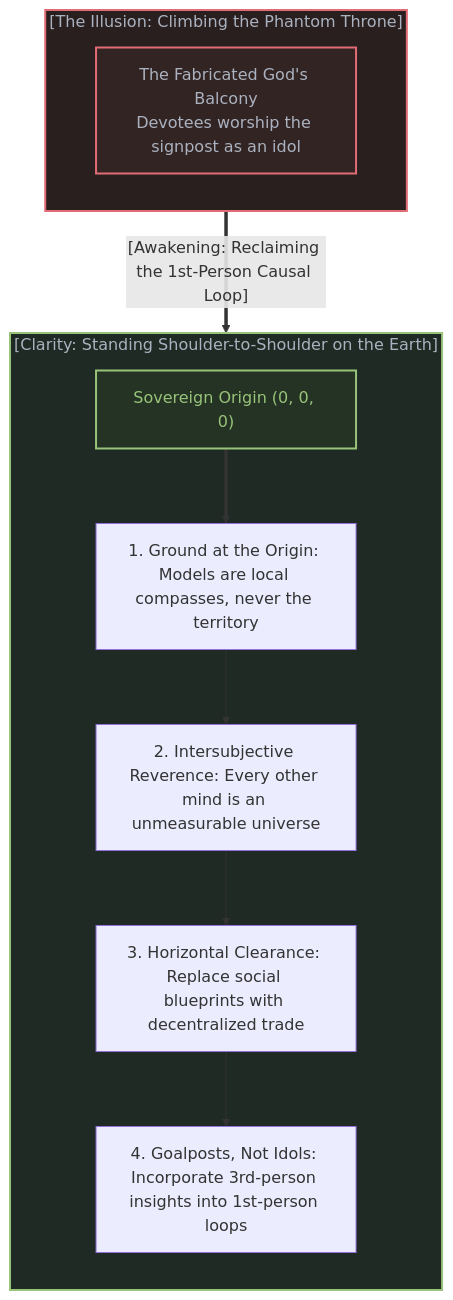
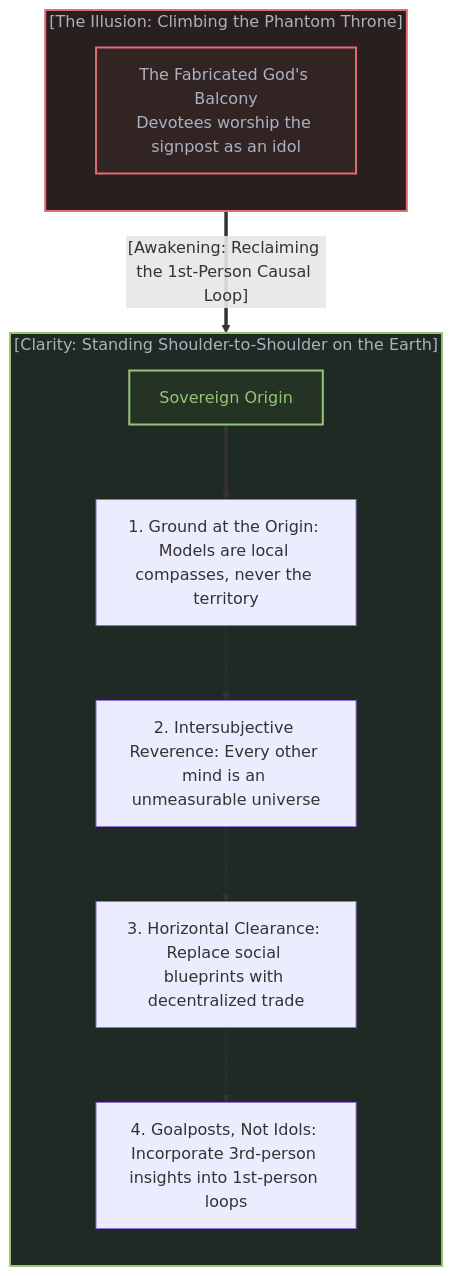
Before and after one commit to powerpig99/not-a-toe: the tenth of 10 diagrams in content/posts/the-invisible-gods-eye.md, drawn with Mermaid. The commit also changed other lines of this file and 15 other files, not shown here.

````diff
--- a/content/posts/the-invisible-gods-eye.md
+++ b/content/posts/the-invisible-gods-eye.md
@@ -477,29 +477,29 @@
 ```mermaid
 graph TD
     subgraph FalseAscent["[The Illusion: Climbing the Phantom Throne]"]
         direction TB
         GodBalcony["The Fabricated God's Balcony<br>Devotees worship the signpost as an idol"]
     end
 
     FalseAscent ==>|"[Awakening: Reclaiming the 1st-Person Causal Loop]"| GroundedSovereignty
 
     subgraph GroundedSovereignty["[Clarity: Standing Shoulder-to-Shoulder on the Earth]"]
         direction TB
-        OriginGround["Sovereign Origin (0, 0, 0)"]
+        OriginGround["Sovereign Origin"]
         
         Step1["1. Ground at the Origin: Models are local compasses, never the territory"]
         Step2["2. Intersubjective Reverence: Every other mind is an unmeasurable universe"]
         Step3["3. Horizontal Clearance: Replace social blueprints with decentralized trade"]
         Step4["4. Goalposts, Not Idols: Incorporate 3rd-person insights into 1st-person loops"]
 
         OriginGround ==> Step1
         Step1 --> Step2
         Step2 --> Step3
         Step3 --> Step4
     end
 
     style FalseAscent fill:#2a1f1f,stroke:#e06c75,stroke-width:2px,color:#abb2bf
     style GroundedSovereignty fill:#1f2a24,stroke:#98c379,stroke-width:2px,color:#abb2bf
     style GodBalcony fill:#332424,stroke:#e06c75,stroke-width:2px,color:#abb2bf
     style OriginGround fill:#243324,stroke:#98c379,stroke-width:2px,color:#98c379
 ```
````
